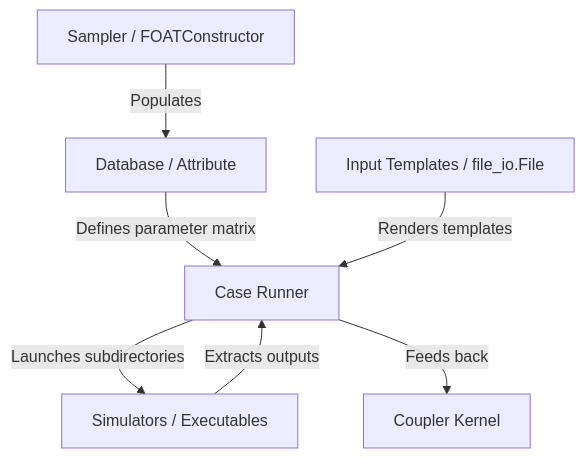
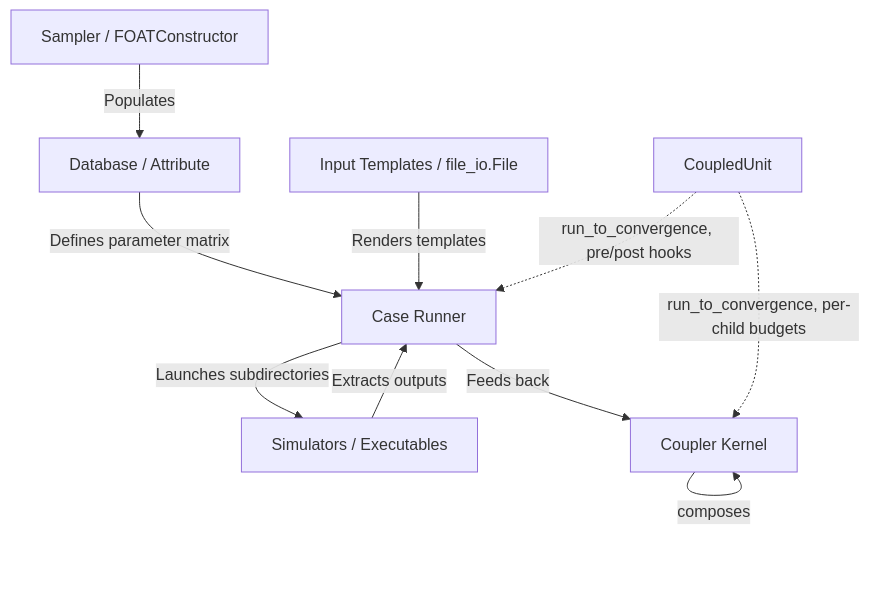
Before and after one commit to mmomari072/Labeeb: the diagram in README.md, drawn with Mermaid. The commit also changed other lines of this file and 5 other files, not shown here.

First line of the commit message:
Track project docs and document the CoupledUnit API

````diff
--- a/README.md
+++ b/README.md
@@ -14,9 +14,12 @@
 ```mermaid
 graph TD
     A[Database / Attribute] -->|Defines parameter matrix| B[Case Runner]
     C[Sampler / FOATConstructor] -->|Populates| A
     D[Input Templates / file_io.File] -->|Renders templates| B
     B -->|Launches subdirectories| E[Simulators / Executables]
     E -->|Extracts outputs| B
     B -->|Feeds back| F[Coupler Kernel]
+    G[CoupledUnit] -.->|run_to_convergence, pre/post hooks| B
+    G -.->|run_to_convergence, per-child budgets| F
+    F -->|composes| F
 ```
````
